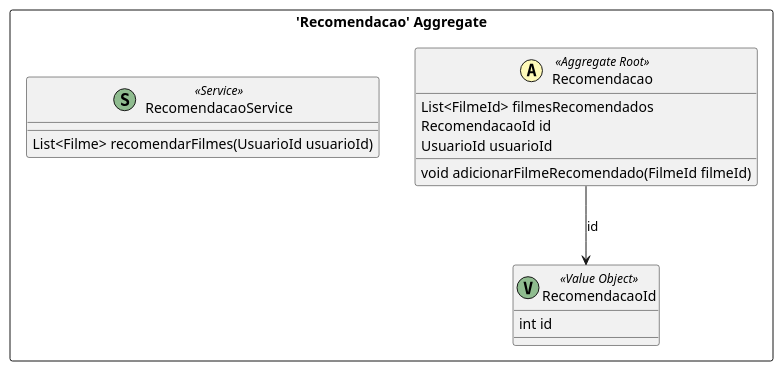
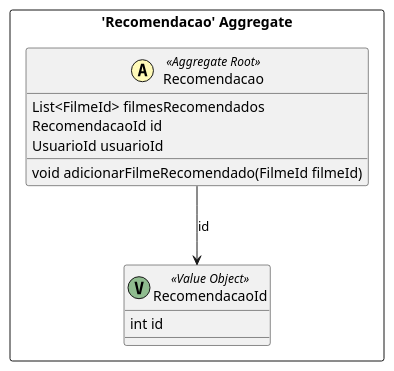
The diagram in src-gen/Bracine_BC_Recomendacao_Recomendacao.puml (mariajuliapessoa/Plataforma-de-Cinema-Brasileiro), drawn with PlantUML before and after one commit. The commit also changed 10 other files, not shown here.

```diff
--- a/src-gen/Bracine_BC_Recomendacao_Recomendacao.puml
+++ b/src-gen/Bracine_BC_Recomendacao_Recomendacao.puml
@@ -1,22 +1,19 @@
 @startuml
 
 skinparam componentStyle uml2
 
 package "'Recomendacao' Aggregate" <<Rectangle>> {
 	class Recomendacao <<(A,#fffab8) Aggregate Root>> {
 		List<FilmeId> filmesRecomendados
 		RecomendacaoId id
 		UsuarioId usuarioId
 		void adicionarFilmeRecomendado(FilmeId filmeId)
 	}
 	class RecomendacaoId <<(V,DarkSeaGreen) Value Object>> {
 		int id
 	}
-	class RecomendacaoService <<(S,DarkSeaGreen) Service>> {
-		List<Filme> recomendarFilmes(UsuarioId usuarioId)
-	}
 }
 Recomendacao --> RecomendacaoId : id
 
 
 @enduml
```
